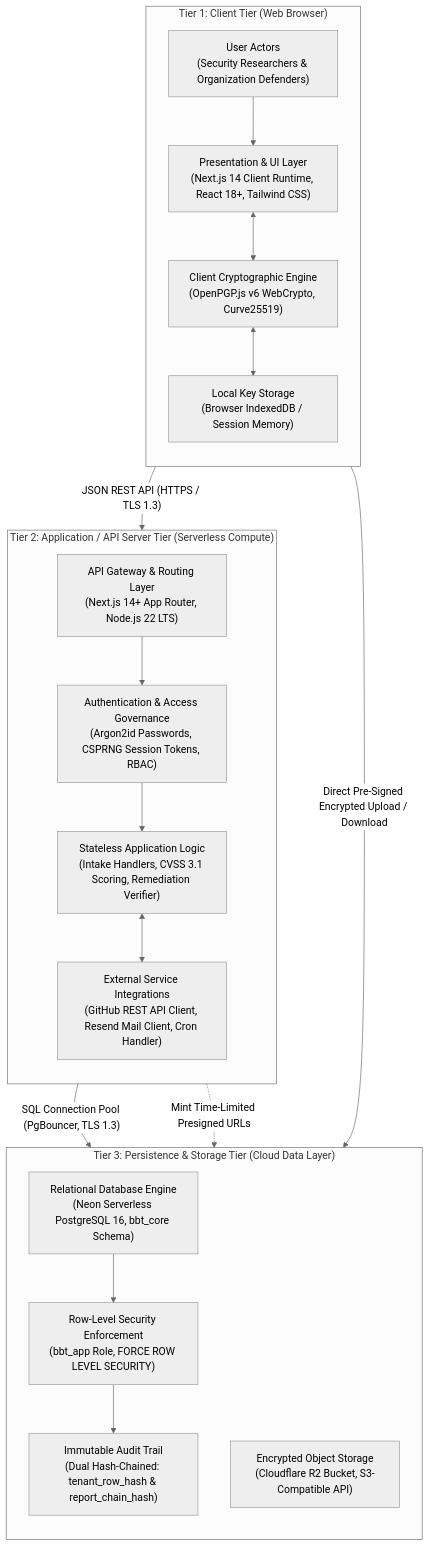
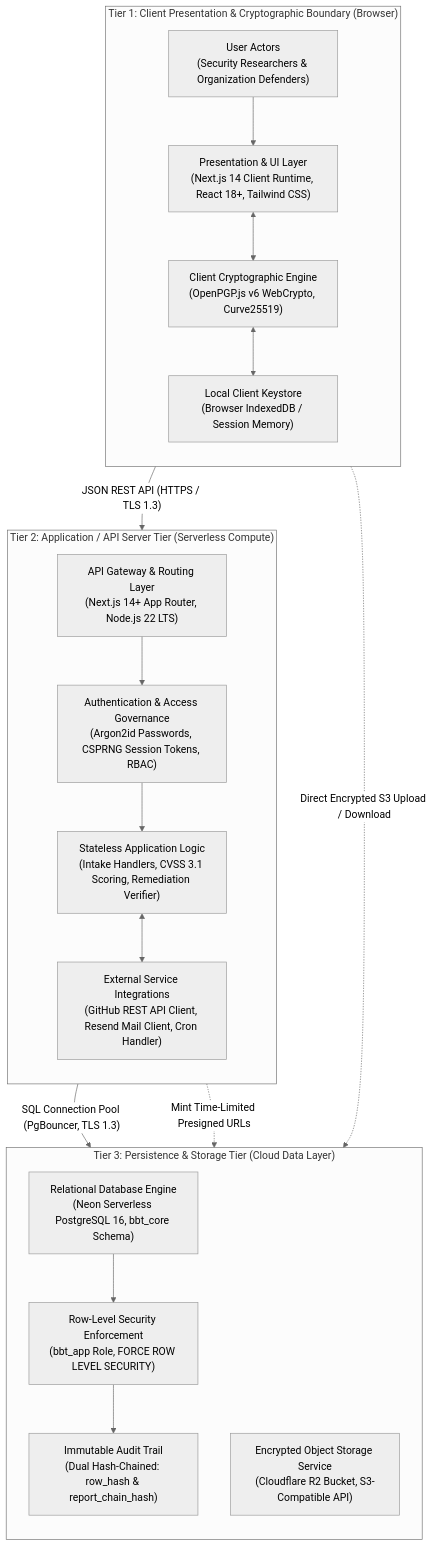
The diagram in architecture/diagrams/fig3_1_3tier_architecture.mmd (Taha-Asad/BugBountyTracker), drawn with Mermaid (neutral theme) before and after one commit. The commit also changed 14 other files, not shown here.

Commit message:
docs(arch): finalize Week 3 architecture with balanced DFDs, restored SRS performance targets, and honest budget estimates

```diff
--- a/architecture/diagrams/fig3_1_3tier_architecture.mmd
+++ b/architecture/diagrams/fig3_1_3tier_architecture.mmd
@@ -1,41 +1,41 @@
 flowchart TB
-    subgraph TIER1["Tier 1: Client Tier (Web Browser)"]
+    subgraph TIER1["Tier 1: Client Presentation & Cryptographic Boundary (Browser)"]
         direction TB
         ACTORS["User Actors<br/>(Security Researchers & Organization Defenders)"]
         CLIENT_UI["Presentation & UI Layer<br/>(Next.js 14 Client Runtime, React 18+, Tailwind CSS)"]
         CLIENT_CRYPTO["Client Cryptographic Engine<br/>(OpenPGP.js v6 WebCrypto, Curve25519)"]
-        CLIENT_STORE["Local Key Storage<br/>(Browser IndexedDB / Session Memory)"]
+        CLIENT_STORE["Local Client Keystore<br/>(Browser IndexedDB / Session Memory)"]
         
         ACTORS --> CLIENT_UI
         CLIENT_UI <--> CLIENT_CRYPTO
         CLIENT_CRYPTO <--> CLIENT_STORE
     end
 
     subgraph TIER2["Tier 2: Application / API Server Tier (Serverless Compute)"]
         direction TB
         API_GATEWAY["API Gateway & Routing Layer<br/>(Next.js 14+ App Router, Node.js 22 LTS)"]
         AUTH_MODULE["Authentication & Access Governance<br/>(Argon2id Passwords, CSPRNG Session Tokens, RBAC)"]
         CORE_SERVICES["Stateless Application Logic<br/>(Intake Handlers, CVSS 3.1 Scoring, Remediation Verifier)"]
         EXTERNAL_ADAPTERS["External Service Integrations<br/>(GitHub REST API Client, Resend Mail Client, Cron Handler)"]
         
         API_GATEWAY --> AUTH_MODULE
         AUTH_MODULE --> CORE_SERVICES
         CORE_SERVICES <--> EXTERNAL_ADAPTERS
     end
 
     subgraph TIER3["Tier 3: Persistence & Storage Tier (Cloud Data Layer)"]
         direction TB
         RELATIONAL_DB["Relational Database Engine<br/>(Neon Serverless PostgreSQL 16, bbt_core Schema)"]
         RLS_POLICIES["Row-Level Security Enforcement<br/>(bbt_app Role, FORCE ROW LEVEL SECURITY)"]
-        AUDIT_STORE["Immutable Audit Trail<br/>(Dual Hash-Chained: tenant_row_hash & report_chain_hash)"]
-        OBJECT_STORE["Encrypted Object Storage<br/>(Cloudflare R2 Bucket, S3-Compatible API)"]
+        AUDIT_STORE["Immutable Audit Trail<br/>(Dual Hash-Chained: row_hash & report_chain_hash)"]
+        OBJECT_STORE["Encrypted Object Storage Service<br/>(Cloudflare R2 Bucket, S3-Compatible API)"]
         
         RELATIONAL_DB --> RLS_POLICIES
         RLS_POLICIES --> AUDIT_STORE
     end
 
     %% High-Level Tier-to-Tier Interconnects
     CLIENT_UI -- "JSON REST API (HTTPS / TLS 1.3)" --> API_GATEWAY
-    CLIENT_CRYPTO -- "Direct Pre-Signed Encrypted Upload / Download" --> OBJECT_STORE
     CORE_SERVICES -- "SQL Connection Pool (PgBouncer, TLS 1.3)" --> RELATIONAL_DB
     CORE_SERVICES -. "Mint Time-Limited Presigned URLs" .-> OBJECT_STORE
+    CLIENT_CRYPTO -. "Direct Encrypted S3 Upload / Download" .-> OBJECT_STORE
```
